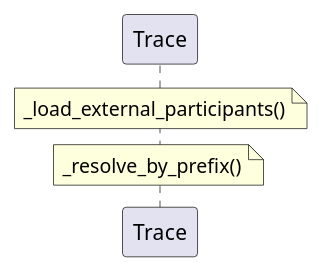
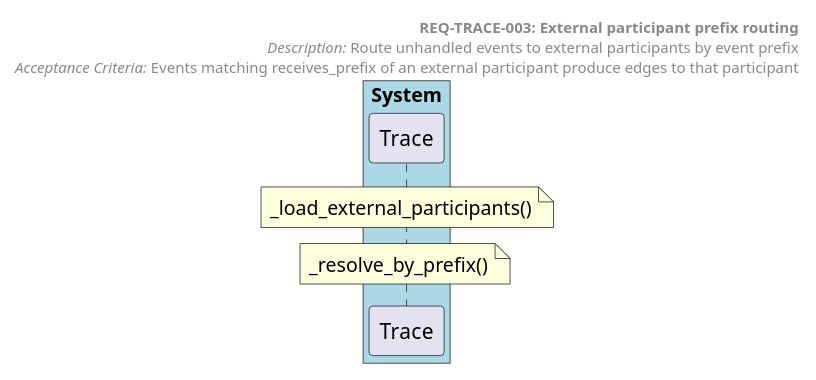
Before and after one commit to tvanfossen/doxygen-guard: the diagram in docs/generated/sequences/REQ-TRACE-003.puml, drawn with PlantUML. The commit also changed 18 other files, not shown here.

```diff
--- a/docs/generated/sequences/REQ-TRACE-003.puml
+++ b/docs/generated/sequences/REQ-TRACE-003.puml
@@ -1,9 +1,17 @@
-@startuml REQ-TRACE-003
+@startuml REQ-TRACE-003 External participant prefix routing
 autonumber
 
-participant "Trace" as Trace
+box "System" #LightBlue
+  participant "Trace" as Trace
+end box
+
+header
+  **REQ-TRACE-003: External participant prefix routing**
+  //Description:// Route unhandled events to external participants by event prefix
+  //Acceptance Criteria:// Events matching receives_prefix of an external participant produce edges to that participant
+end header
 
 note over Trace: _load_external_participants()
 note over Trace: _resolve_by_prefix()
 
 @enduml
```
